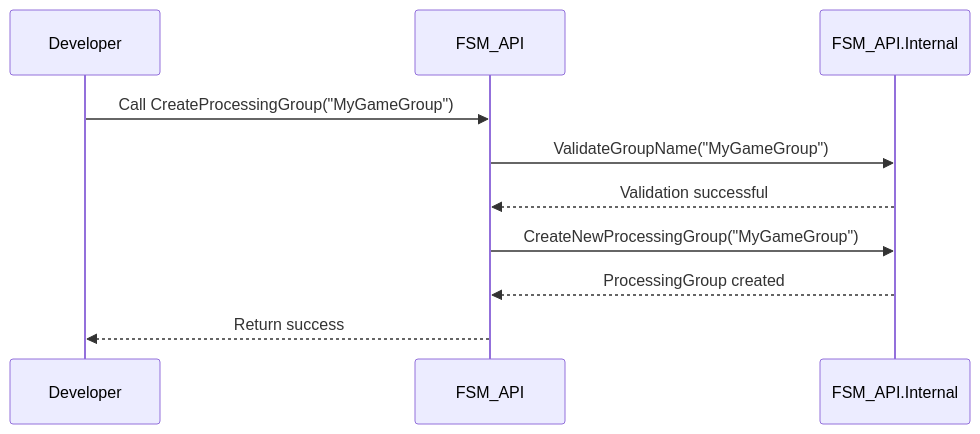
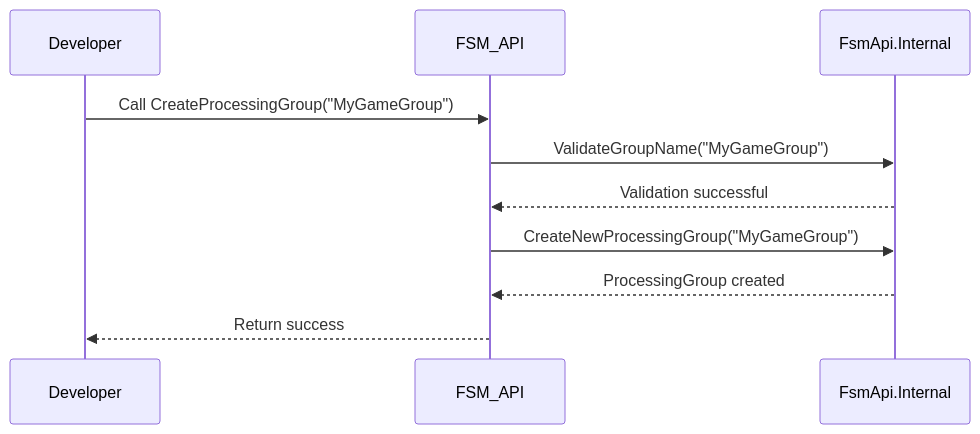
Before and after one commit to TrentBest/FSM_API: the first of 2 diagrams in Documentation/Design/FSM_API/CreateProcessGroup/CreateProcessGroup.md, drawn with Mermaid. The commit also changed other lines of this file and 6 other files, not shown here.

Commit message:
Correct design references to the FsmApi type

````diff
--- a/Documentation/Design/FSM_API/CreateProcessGroup/CreateProcessGroup.md
+++ b/Documentation/Design/FSM_API/CreateProcessGroup/CreateProcessGroup.md
@@ -27,13 +27,13 @@
 ```mermaid
 sequenceDiagram
     participant Developer
     participant FSM_API
-    participant FSM_API.Internal
+    participant FsmApi.Internal
 
     Developer->>FSM_API: Call CreateProcessingGroup("MyGameGroup")
-    FSM_API->>FSM_API.Internal: ValidateGroupName("MyGameGroup")
-    FSM_API.Internal-->>FSM_API: Validation successful
-    FSM_API->>FSM_API.Internal: CreateNewProcessingGroup("MyGameGroup")
-    FSM_API.Internal-->>FSM_API: ProcessingGroup created
+    FSM_API->>FsmApi.Internal: ValidateGroupName("MyGameGroup")
+    FsmApi.Internal-->>FSM_API: Validation successful
+    FSM_API->>FsmApi.Internal: CreateNewProcessingGroup("MyGameGroup")
+    FsmApi.Internal-->>FSM_API: ProcessingGroup created
     FSM_API-->>Developer: Return success
 ```
````
